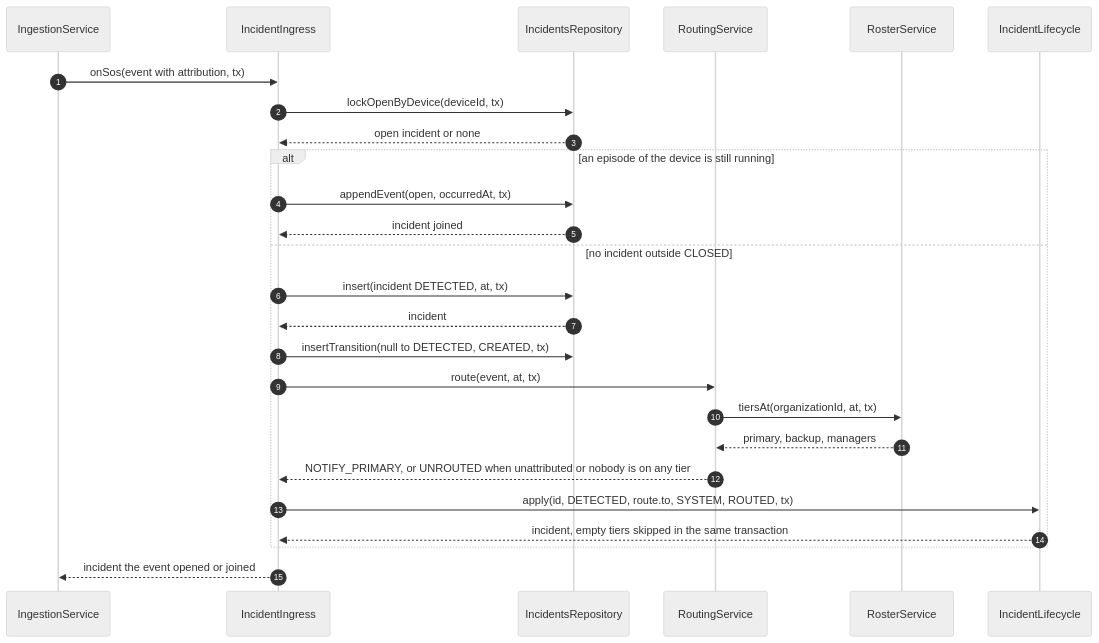
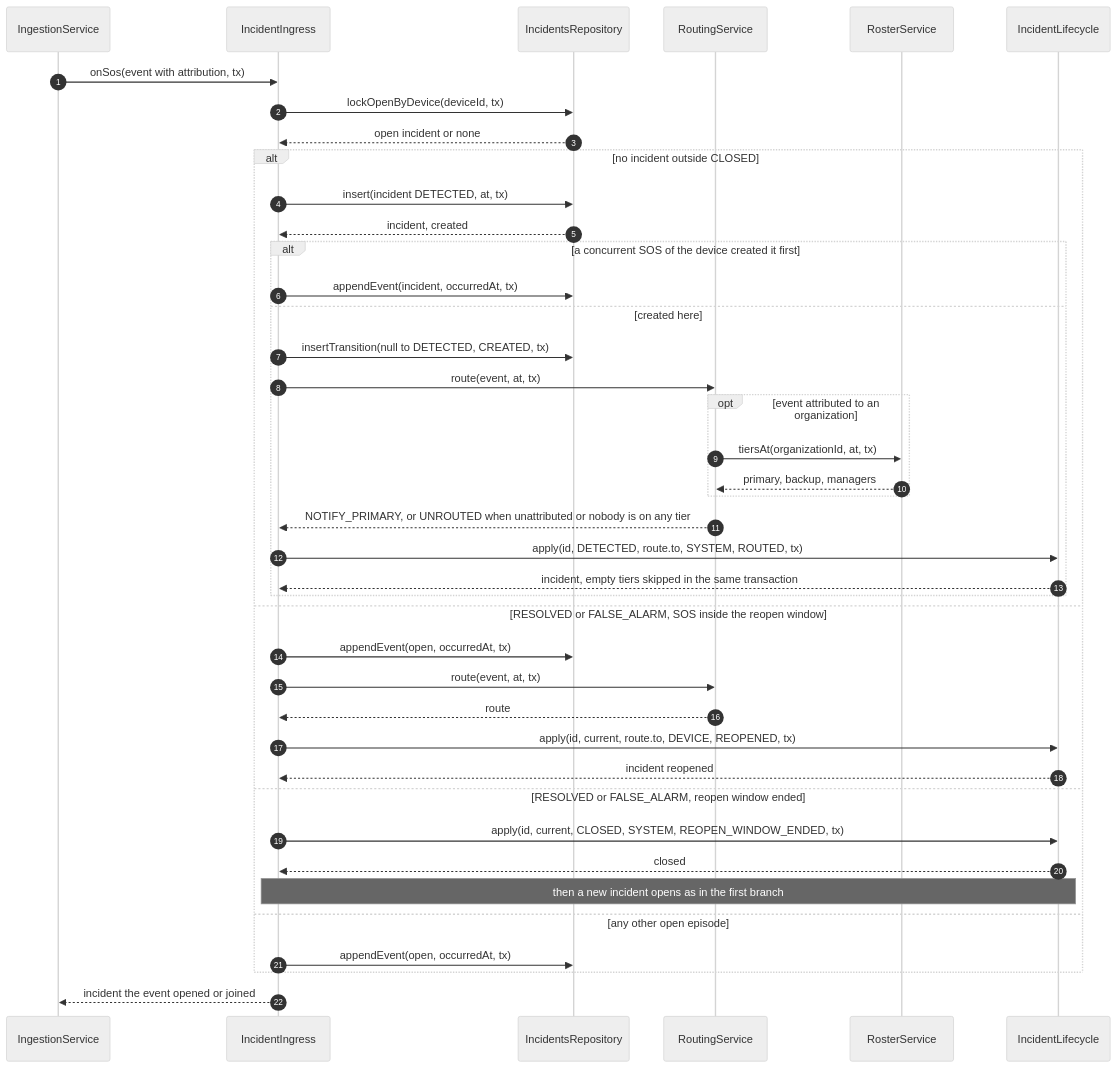
Before and after one commit to TrekLink-Team/treklink-web: the fifth of 10 diagrams in specs/incidents/design.md, drawn with Mermaid (neutral theme). The commit also changed other lines of this file and 8 other files, not shown here.

First line of the commit message:
docs: draw every failure branch in the incidents sequences

````diff
--- a/specs/incidents/design.md
+++ b/specs/incidents/design.md
@@ -379,28 +379,43 @@
 ```mermaid
 sequenceDiagram
     autonumber
     participant G as IngestionService
     participant In as IncidentIngress
     participant R as IncidentsRepository
     participant Ro as RoutingService
     participant Os as RosterService
     participant L as IncidentLifecycle
     G->>In: onSos(event with attribution, tx)
     In->>R: lockOpenByDevice(deviceId, tx)
     R-->>In: open incident or none
-    alt an episode of the device is still running
+    alt no incident outside CLOSED
+        In->>R: insert(incident DETECTED, at, tx)
+        R-->>In: incident, created
+        alt a concurrent SOS of the device created it first
+            In->>R: appendEvent(incident, occurredAt, tx)
+        else created here
+            In->>R: insertTransition(null to DETECTED, CREATED, tx)
+            In->>Ro: route(event, at, tx)
+            opt event attributed to an organization
+                Ro->>Os: tiersAt(organizationId, at, tx)
+                Os-->>Ro: primary, backup, managers
+            end
+            Ro-->>In: NOTIFY_PRIMARY, or UNROUTED when unattributed or nobody is on any tier
+            In->>L: apply(id, DETECTED, route.to, SYSTEM, ROUTED, tx)
+            L-->>In: incident, empty tiers skipped in the same transaction
+        end
+    else RESOLVED or FALSE_ALARM, SOS inside the reopen window
         In->>R: appendEvent(open, occurredAt, tx)
-        R-->>In: incident joined
-    else no incident outside CLOSED
-        In->>R: insert(incident DETECTED, at, tx)
-        R-->>In: incident
-        In->>R: insertTransition(null to DETECTED, CREATED, tx)
         In->>Ro: route(event, at, tx)
-        Ro->>Os: tiersAt(organizationId, at, tx)
-        Os-->>Ro: primary, backup, managers
-        Ro-->>In: NOTIFY_PRIMARY, or UNROUTED when unattributed or nobody is on any tier
-        In->>L: apply(id, DETECTED, route.to, SYSTEM, ROUTED, tx)
-        L-->>In: incident, empty tiers skipped in the same transaction
+        Ro-->>In: route
+        In->>L: apply(id, current, route.to, DEVICE, REOPENED, tx)
+        L-->>In: incident reopened
+    else RESOLVED or FALSE_ALARM, reopen window ended
+        In->>L: apply(id, current, CLOSED, SYSTEM, REOPEN_WINDOW_ENDED, tx)
+        L-->>In: closed
+        Note over In,L: then a new incident opens as in the first branch
+    else any other open episode
+        In->>R: appendEvent(open, occurredAt, tx)
     end
     In-->>G: incident the event opened or joined
 ```
````
